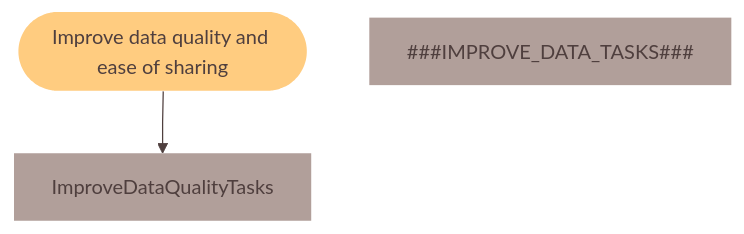
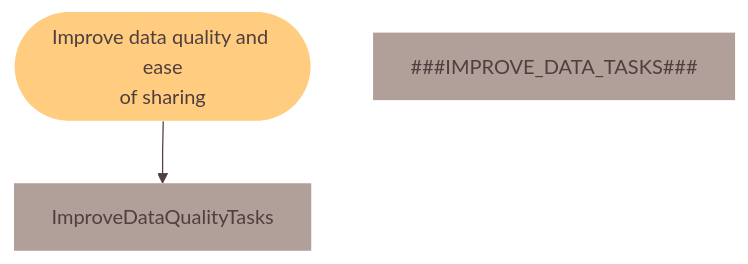
Before and after one commit to wearefuturegov/Outpost-Platform: the second of 5 diagrams in create-roadmap/roadmap-template.md, drawn with Mermaid. The commit also changed other lines of this file and 3 other files, not shown here.

````diff
--- a/create-roadmap/roadmap-template.md
+++ b/create-roadmap/roadmap-template.md
@@ -52,37 +52,37 @@
 ```mermaid
 %%{
 init:
 	{
 	"theme": "base",
 	"themeVariables":
 		{
 	      "primaryColor": "#b19f9a",
 	      "primaryTextColor": "#4f3f3e",
 	      "primaryBorderColor": "none",
 	      "lineColor": "#4f3f3e",
 	      "secondaryColor": "transparent",
 	      "tertiaryColor": "transparent"
 		},
 	"flowchart": {
 	  "curve": "linear"
         }
 	}
 }%%
 flowchart
 
 
     classDef ImproveDataQuality fill:#ffcc80,stroke:none
     classDef ImproveDataQualityTasks fill:#fff,stroke:#ffcc80,color:#8e7158
 
 
     %% Top level
 
 
     %% 2 Improve data quality
-    ImproveDataQuality([Improve data quality and ease of sharing]):::ImproveDataQuality
+    ImproveDataQuality([Improve data quality and ease<br />of sharing]):::ImproveDataQuality
 
     ###IMPROVE_DATA_TASKS###
 
     ImproveDataQuality --> ImproveDataQualityTasks
 
 ```
````
